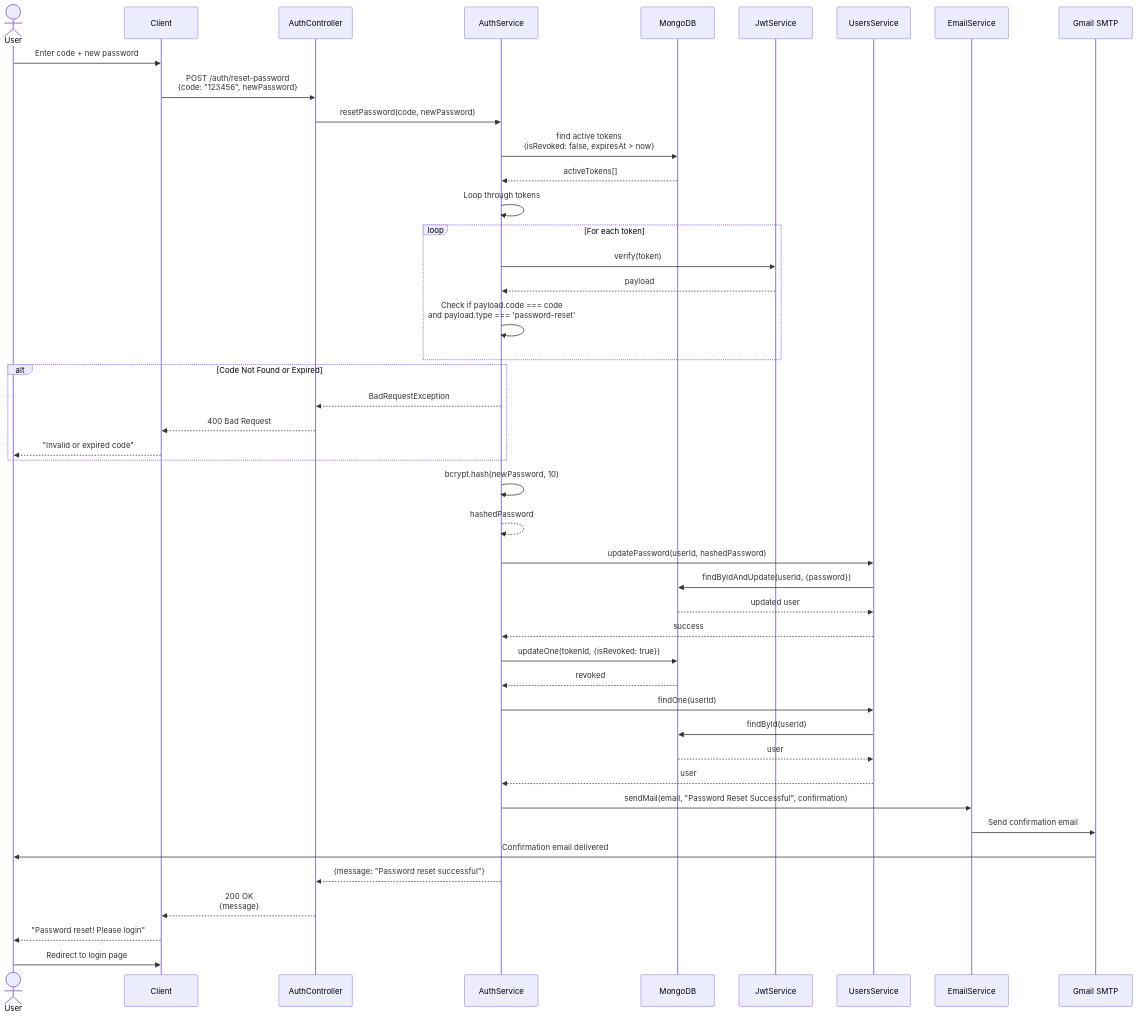
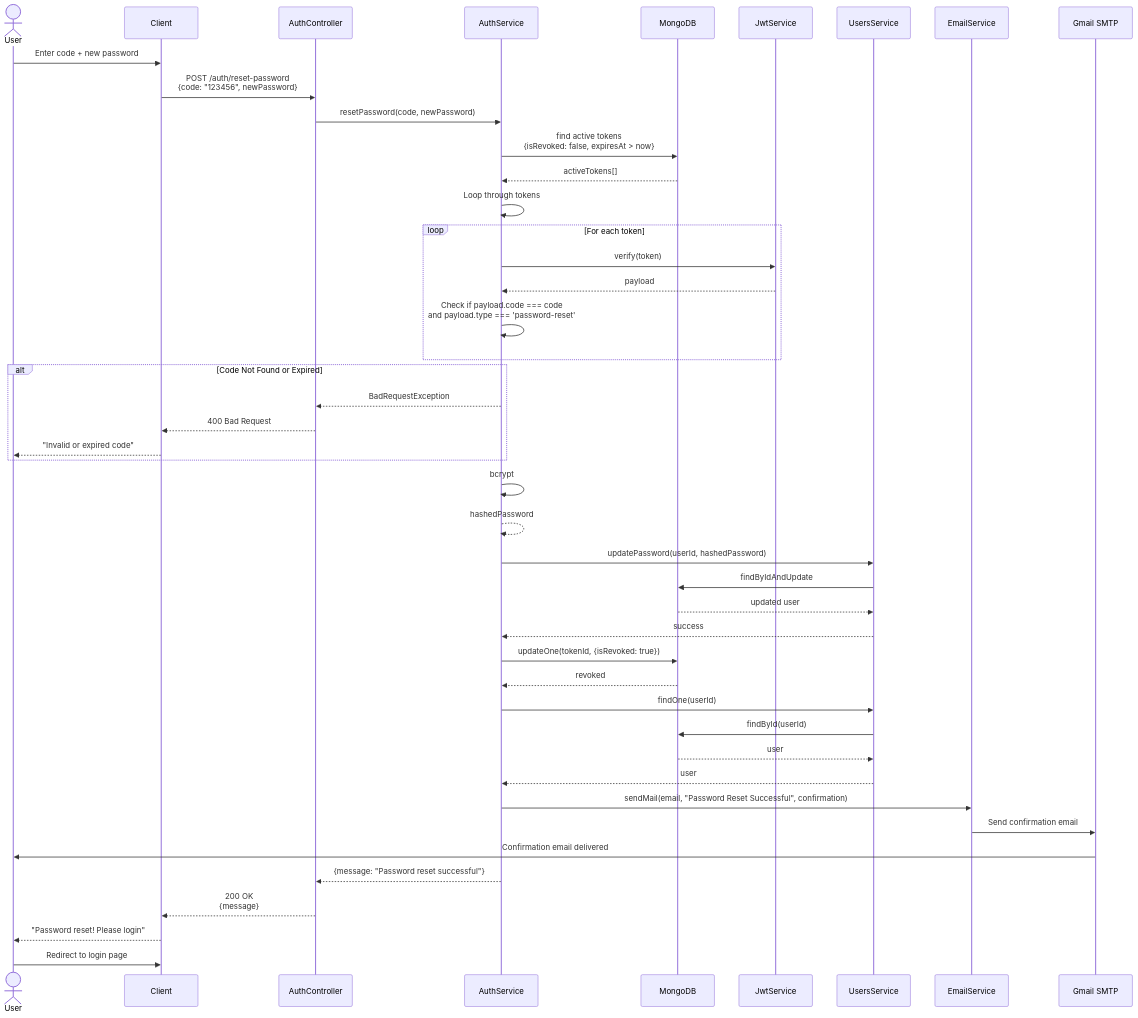
Before and after one commit to AyariAladine/PFE_Project: diagram 11 of 11 in SEQUENCE_DIAGRAMS.md, drawn with Mermaid. The commit also changed other lines of this file, not shown here.

Commit message:
seqance diagram changes

````diff
--- a/SEQUENCE_DIAGRAMS.md
+++ b/SEQUENCE_DIAGRAMS.md
@@ -463,58 +463,58 @@
 ```mermaid
 sequenceDiagram
     actor User
     participant Client
     participant Controller as AuthController
     participant Service as AuthService
     participant DB as MongoDB
     participant JWT as JwtService
     participant UserService as UsersService
     participant Email as EmailService
     participant Gmail as Gmail SMTP
 
     User->>Client: Enter code + new password
     Client->>Controller: POST /auth/reset-password<br/>{code: "123456", newPassword}
     Controller->>Service: resetPassword(code, newPassword)
     
     Service->>DB: find active tokens<br/>{isRevoked: false, expiresAt > now}
     DB-->>Service: activeTokens[]
     
     Service->>Service: Loop through tokens
     loop For each token
         Service->>JWT: verify(token)
         JWT-->>Service: payload
         Service->>Service: Check if payload.code === code<br/>and payload.type === 'password-reset'
     end
     
     alt Code Not Found or Expired
         Service-->>Controller: BadRequestException
         Controller-->>Client: 400 Bad Request
         Client-->>User: "Invalid or expired code"
     end
     
-    Service->>Service: bcrypt.hash(newPassword, 10)
+    Service->>Service: bcrypt
     Service-->>Service: hashedPassword
     
     Service->>UserService: updatePassword(userId, hashedPassword)
-    UserService->>DB: findByIdAndUpdate(userId, {password})
+    UserService->>DB: findByIdAndUpdate
     DB-->>UserService: updated user
     UserService-->>Service: success
     
     Service->>DB: updateOne(tokenId, {isRevoked: true})
     DB-->>Service: revoked
     
     Service->>UserService: findOne(userId)
     UserService->>DB: findById(userId)
     DB-->>UserService: user
     UserService-->>Service: user
     
     Service->>Email: sendMail(email, "Password Reset Successful", confirmation)
     Email->>Gmail: Send confirmation email
     Gmail->>User: Confirmation email delivered
     
     Service-->>Controller: {message: "Password reset successful"}
     Controller-->>Client: 200 OK<br/>{message}
     Client-->>User: "Password reset! Please login"
     
     User->>Client: Redirect to login page
 ```
````
